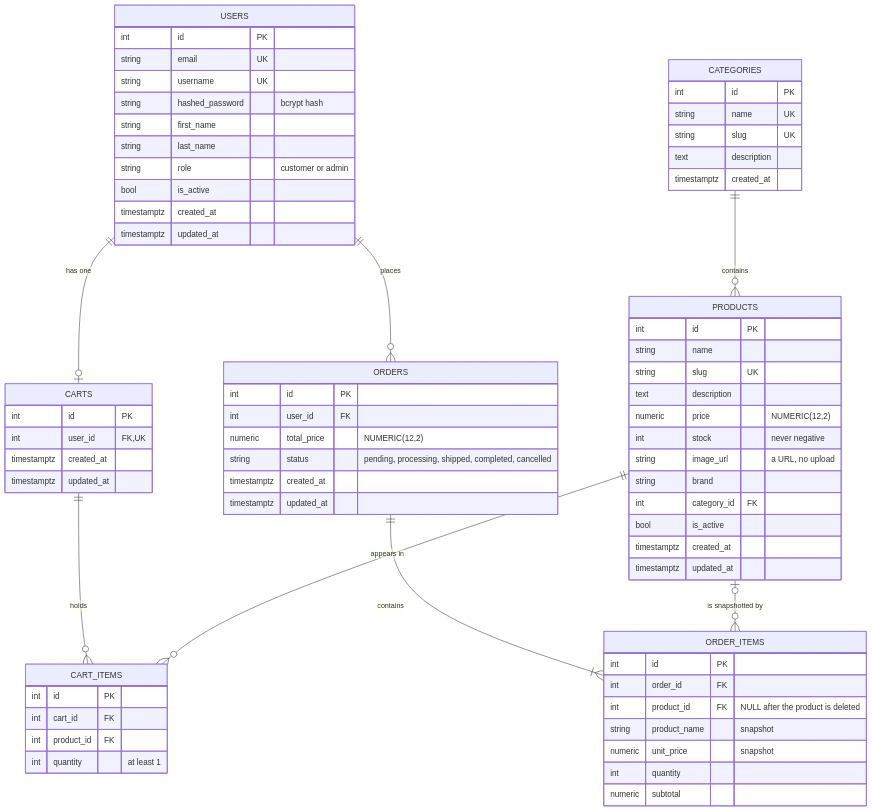
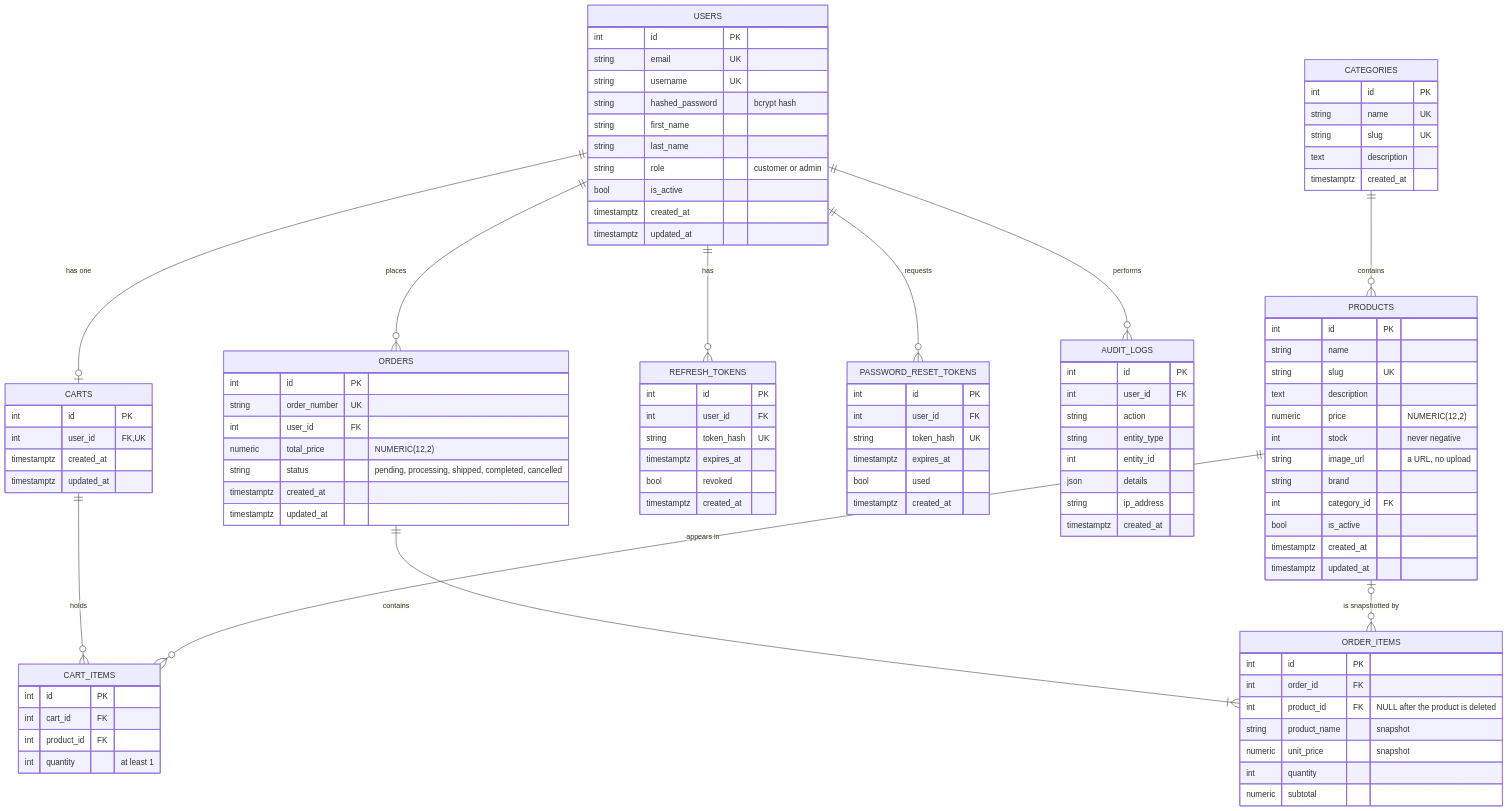
The fourth of 5 diagrams in README.md (aradkj/pc-shop), drawn with Mermaid before and after one commit. The commit also changed other lines of this file and 68 other files, not shown here.

````diff
--- a/README.md
+++ b/README.md
@@ -276,6 +312,9 @@
 erDiagram
     USERS ||--o| CARTS : "has one"
     USERS ||--o{ ORDERS : places
+    USERS ||--o{ REFRESH_TOKENS : has
+    USERS ||--o{ PASSWORD_RESET_TOKENS : requests
+    USERS ||--o{ AUDIT_LOGS : performs
     CATEGORIES ||--o{ PRODUCTS : contains
     CARTS ||--o{ CART_ITEMS : holds
     PRODUCTS ||--o{ CART_ITEMS : "appears in"
@@ -329,6 +368,7 @@
     }
     ORDERS {
         int id PK
+        string order_number UK
         int user_id FK
         numeric total_price "NUMERIC(12,2)"
         string status "pending, processing, shipped, completed, cancelled"
@@ -344,4 +384,30 @@
         int quantity
         numeric subtotal
     }
+    REFRESH_TOKENS {
+        int id PK
+        int user_id FK
+        string token_hash UK
+        timestamptz expires_at
+        bool revoked
+        timestamptz created_at
+    }
+    PASSWORD_RESET_TOKENS {
+        int id PK
+        int user_id FK
+        string token_hash UK
+        timestamptz expires_at
+        bool used
+        timestamptz created_at
+    }
+    AUDIT_LOGS {
+        int id PK
+        int user_id FK
+        string action
+        string entity_type
+        int entity_id
+        json details
+        string ip_address
+        timestamptz created_at
+    }
 ```
````
